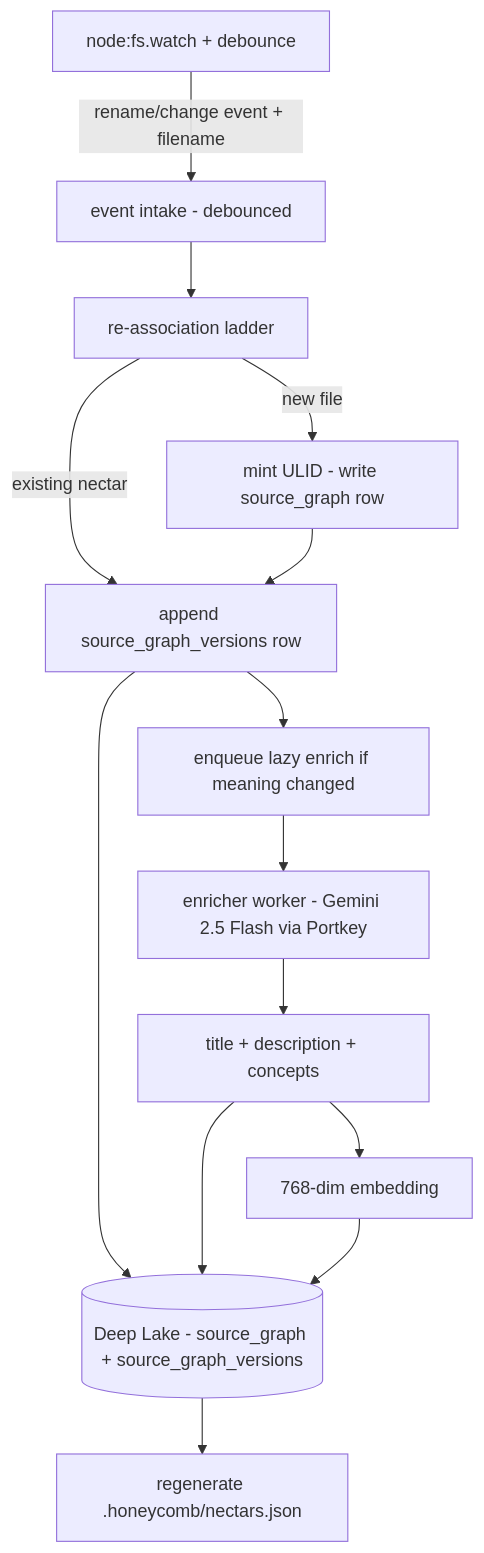
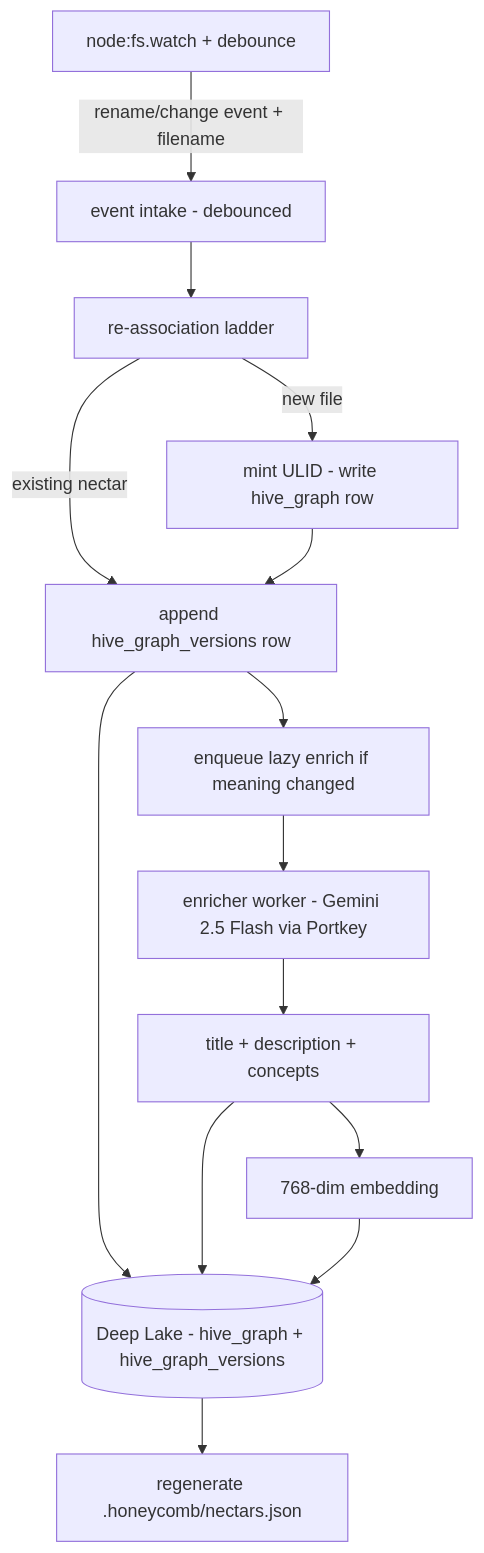
Before and after one commit to legioncodeinc/nectar: the first of 3 diagrams in library/knowledge/private/overview/overview-technical-specification.md, drawn with Mermaid. The commit also changed other lines of this file and 337 other files, not shown here.

````diff
--- a/library/knowledge/private/overview/overview-technical-specification.md
+++ b/library/knowledge/private/overview/overview-technical-specification.md
@@ -30,16 +30,16 @@
 ```mermaid
 flowchart TD
     watcher["node:fs.watch + debounce"] -->|"rename/change event + filename"| intake["event intake - debounced"]
     intake --> assoc["re-association ladder"]
-    assoc -->|existing nectar| versionAppend["append source_graph_versions row"]
-    assoc -->|new file| mintNectar["mint ULID - write source_graph row"]
+    assoc -->|existing nectar| versionAppend["append hive_graph_versions row"]
+    assoc -->|new file| mintNectar["mint ULID - write hive_graph row"]
     mintNectar --> versionAppend
     versionAppend --> queueEnrich["enqueue lazy enrich if meaning changed"]
     queueEnrich --> enricher["enricher worker - Gemini 2.5 Flash via Portkey"]
     enricher --> descMint["title + description + concepts"]
     descMint --> embed["768-dim embedding"]
-    versionAppend --> deeplake[("Deep Lake - source_graph + source_graph_versions")]
+    versionAppend --> deeplake[("Deep Lake - hive_graph + hive_graph_versions")]
     descMint --> deeplake
     embed --> deeplake
     deeplake --> projection["regenerate .honeycomb/nectars.json"]
 ```
````
